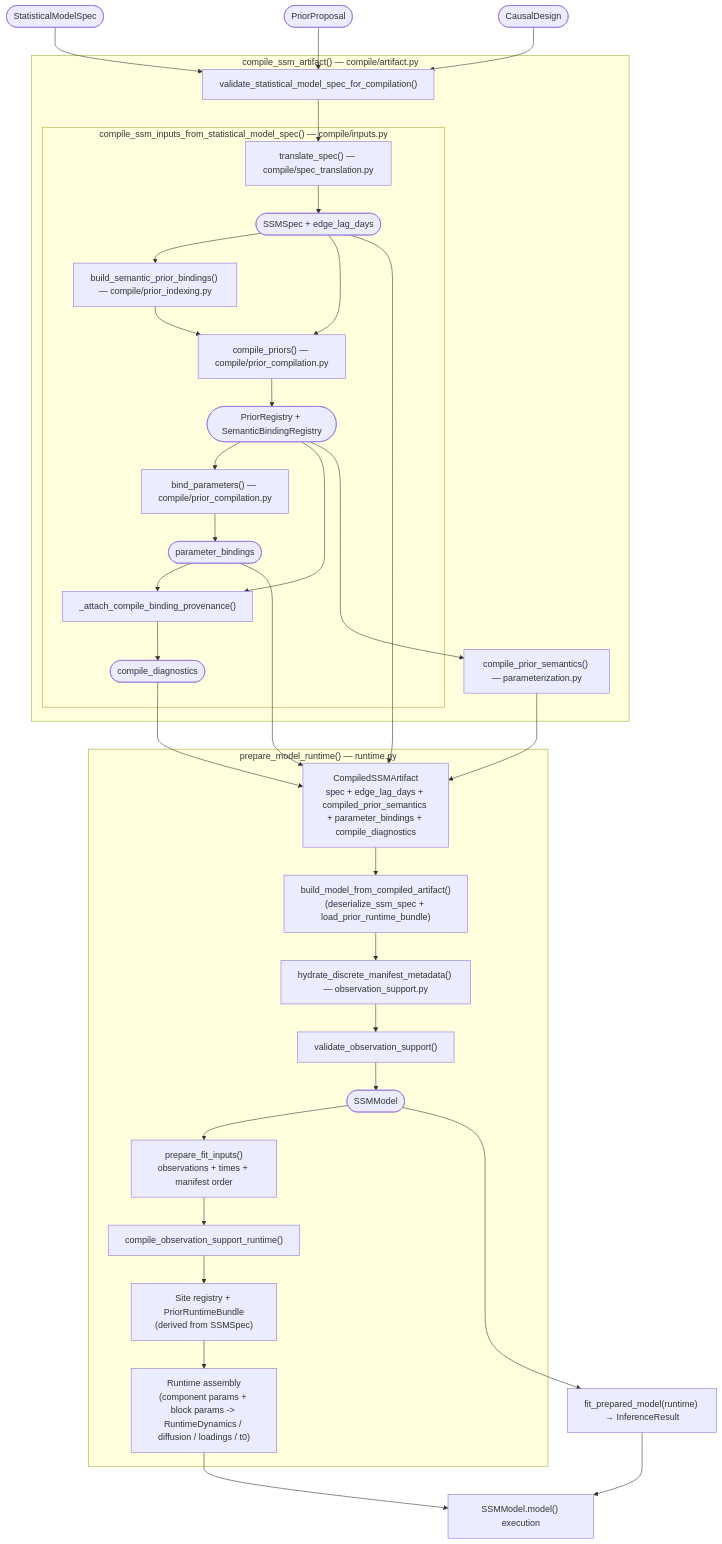
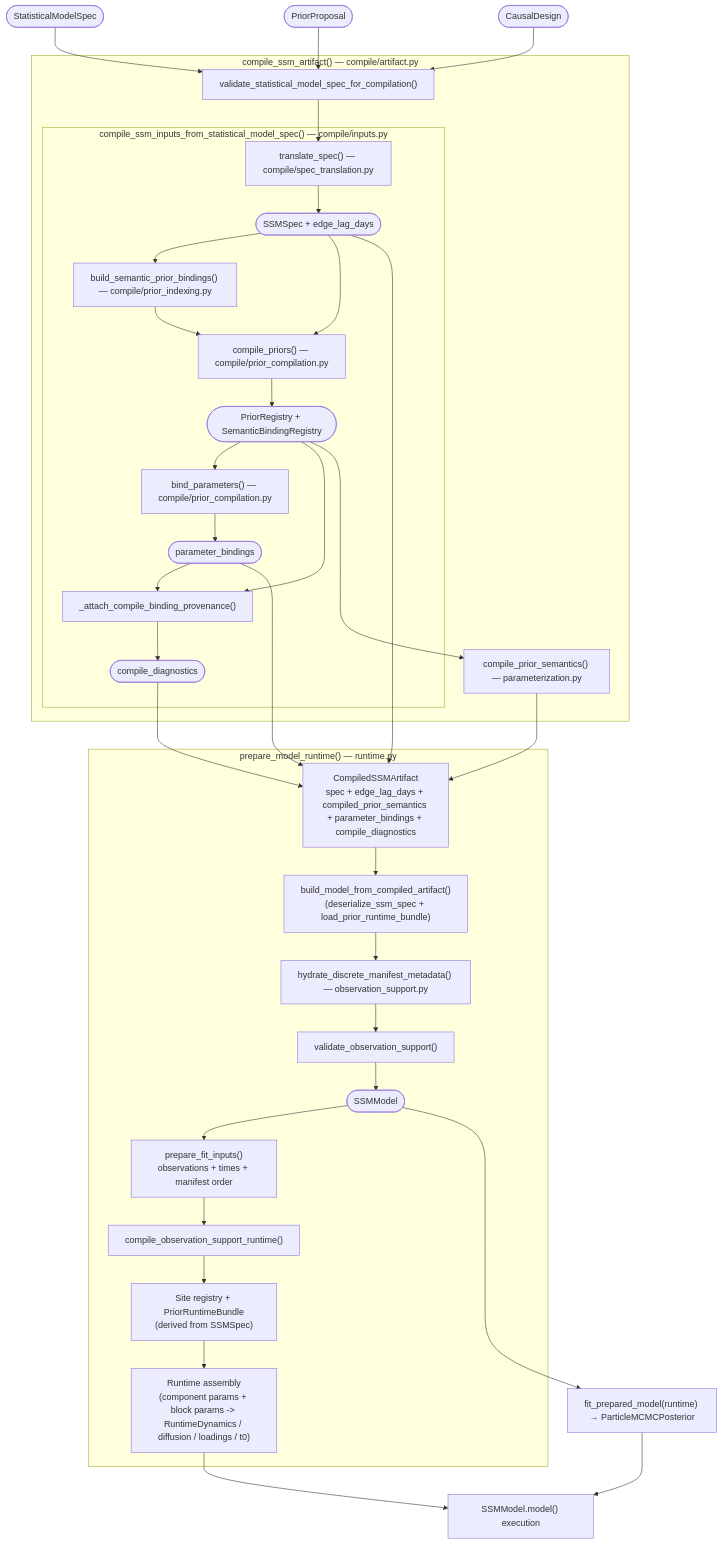
One commit to ma9o/causal-ssm-agent changed the first of 2 diagrams in docs/reference/compilation.md. Above: the diagram before and after it, drawn with Mermaid. The commit also changed other lines of this file and 86 other files, not shown here.

First line of the commit message:
Refactor inference and model specification tests to use ParticleMCMCPosterior

````diff
--- a/docs/reference/compilation.md
+++ b/docs/reference/compilation.md
@@ -5,54 +5,54 @@
 ```mermaid
 graph TD
     StatisticalModelSpec(["StatisticalModelSpec"])
     PriorProposal(["PriorProposal"])
     CausalDesign(["CausalDesign"])
 
     StatisticalModelSpec & PriorProposal & CausalDesign --> validate
 
     subgraph compile_ssm_artifact ["compile_ssm_artifact() — compile/artifact.py"]
         validate["validate_statistical_model_spec_for_compilation()"]
         validate --> translate
 
         subgraph compile_statistical_model_spec ["compile_ssm_inputs_from_statistical_model_spec() — compile/inputs.py"]
             translate["translate_spec() — compile/spec_translation.py"]
             translate --> translate_out(["SSMSpec + edge_lag_days"])
             translate_out --> prior_idx["build_semantic_prior_bindings() — compile/prior_indexing.py"]
             prior_idx --> priors["compile_priors() — compile/prior_compilation.py"]
             translate_out --> priors
             priors --> priors_out(["PriorRegistry + SemanticBindingRegistry"])
             priors_out --> bind["bind_parameters() — compile/prior_compilation.py"]
             bind --> bind_out(["parameter_bindings"])
             priors_out --> attach_diag["_attach_compile_binding_provenance()"]
             bind_out --> attach_diag
             attach_diag --> diag_out(["compile_diagnostics"])
         end
 
         priors_out --> prior_sem["compile_prior_semantics() — parameterization.py"]
     end
 
     translate_out --> artifact
     prior_sem --> artifact
     bind_out --> artifact
     diag_out --> artifact
     artifact["CompiledSSMArtifact\nspec + edge_lag_days + compiled_prior_semantics + parameter_bindings + compile_diagnostics"]
 
     subgraph prepare_model_runtime ["prepare_model_runtime() — runtime.py"]
         artifact --> model_ctor["build_model_from_compiled_artifact()\n(deserialize_ssm_spec + load_prior_runtime_bundle)"]
         model_ctor --> hydrate["hydrate_discrete_manifest_metadata() — observation_support.py"]
         hydrate --> validate_obs["validate_observation_support()"]
         validate_obs --> ssm_model(["SSMModel"])
         ssm_model --> arrays["prepare_fit_inputs()\nobservations + times + manifest order"]
         arrays --> support["compile_observation_support_runtime()"]
         support --> registry["Site registry + PriorRuntimeBundle\n(derived from SSMSpec)"]
         registry --> assemble["Runtime assembly\n(component params + block params -> RuntimeDynamics / diffusion / loadings / t0)"]
     end
 
-    ssm_model --> fit["fit_prepared_model(runtime) → InferenceResult"]
+    ssm_model --> fit["fit_prepared_model(runtime) → ParticleMCMCPosterior"]
     fit --> execute["SSMModel.model() execution"]
     assemble --> execute
 
     click StatisticalModelSpec "../pipeline/statistical-model-spec.md#statisticalmodelspec"
     click PriorProposal "../pipeline/statistical-model-spec.md#priorproposal"
     click CausalDesign "../pipeline/measurement-structure.md#causaldesign"
 ```
````
